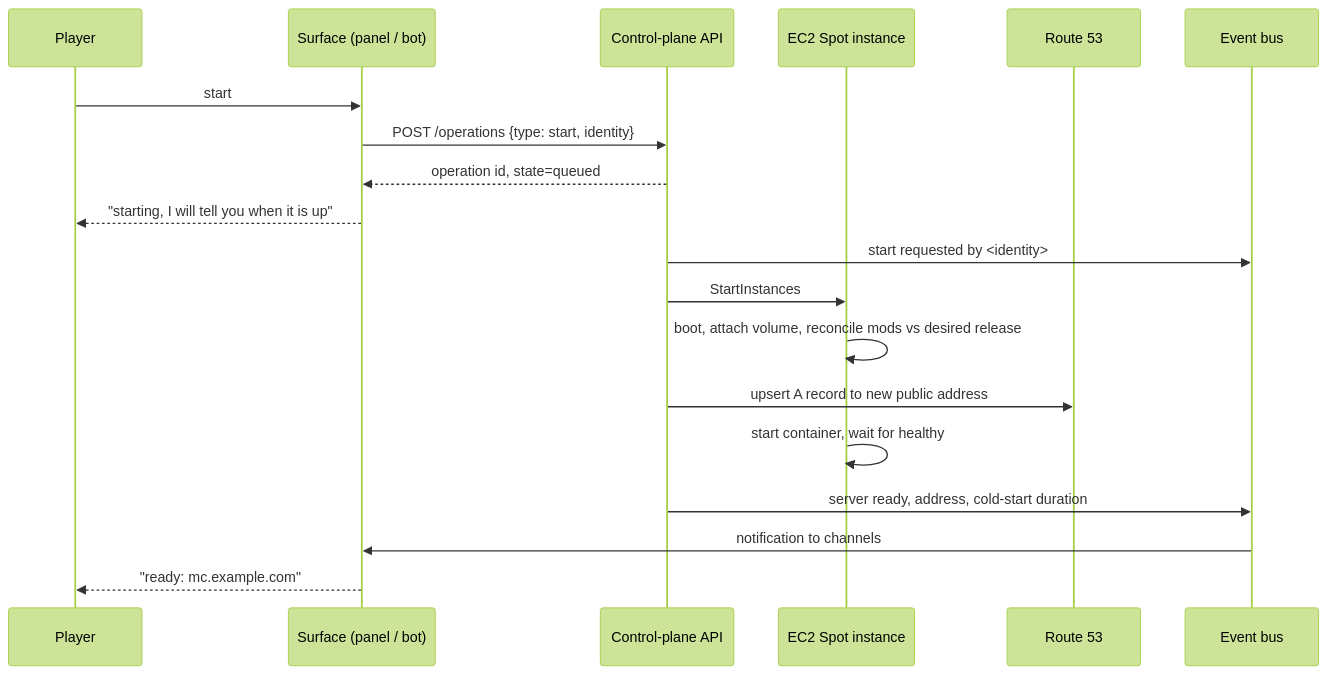
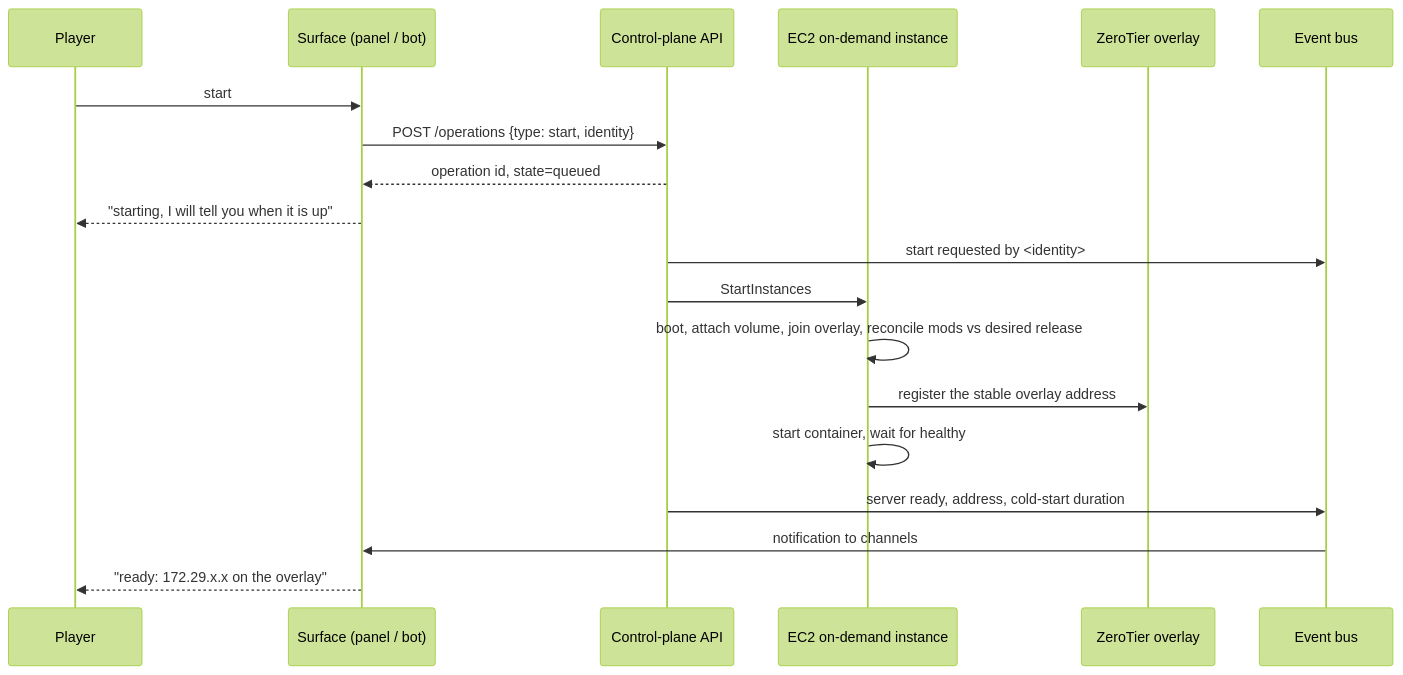
Before and after one commit to DrArzter/spawnpoint: the first of 2 diagrams in docs/architecture.md, drawn with Mermaid (forest theme). The commit also changed other lines of this file and 5 other files, not shown here.

````diff
--- a/docs/architecture.md
+++ b/docs/architecture.md
@@ -47,22 +54,22 @@
 ```mermaid
 sequenceDiagram
     participant U as Player
     participant S as Surface (panel / bot)
     participant API as Control-plane API
-    participant EC2 as EC2 Spot instance
-    participant DNS as Route 53
+    participant EC2 as EC2 on-demand instance
+    participant NET as ZeroTier overlay
     participant BUS as Event bus
 
     U->>S: start
     S->>API: POST /operations {type: start, identity}
     API-->>S: operation id, state=queued
     S-->>U: "starting, I will tell you when it is up"
     API->>BUS: start requested by <identity>
     API->>EC2: StartInstances
-    EC2->>EC2: boot, attach volume, reconcile mods vs desired release
-    API->>DNS: upsert A record to new public address
+    EC2->>EC2: boot, attach volume, join overlay, reconcile mods vs desired release
+    EC2->>NET: register the stable overlay address
     EC2->>EC2: start container, wait for healthy
     API->>BUS: server ready, address, cold-start duration
     BUS->>S: notification to channels
-    S-->>U: "ready: mc.example.com"
+    S-->>U: "ready: 172.29.x.x on the overlay"
 ```
````
